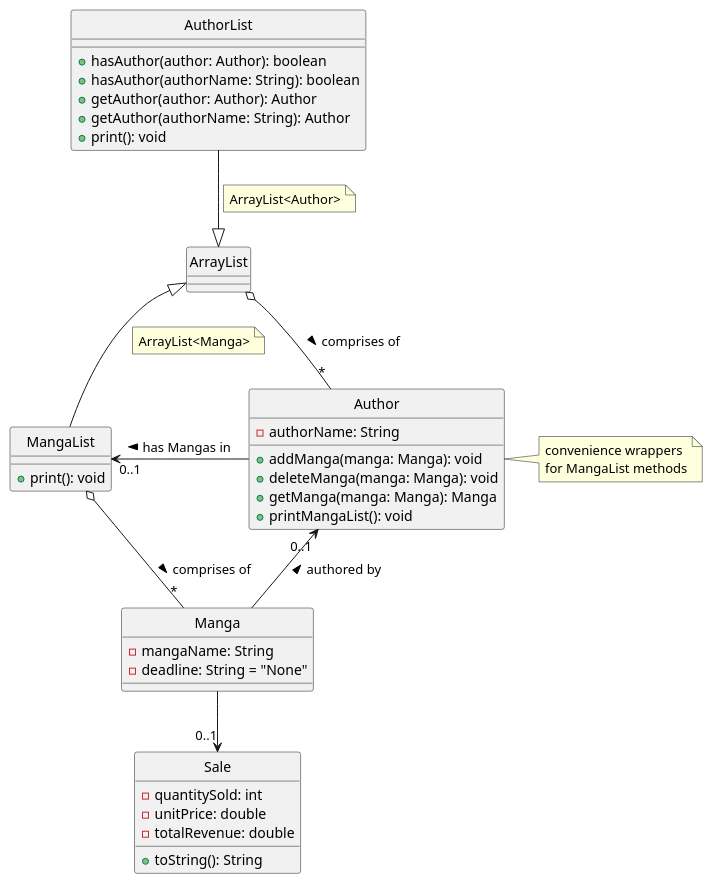
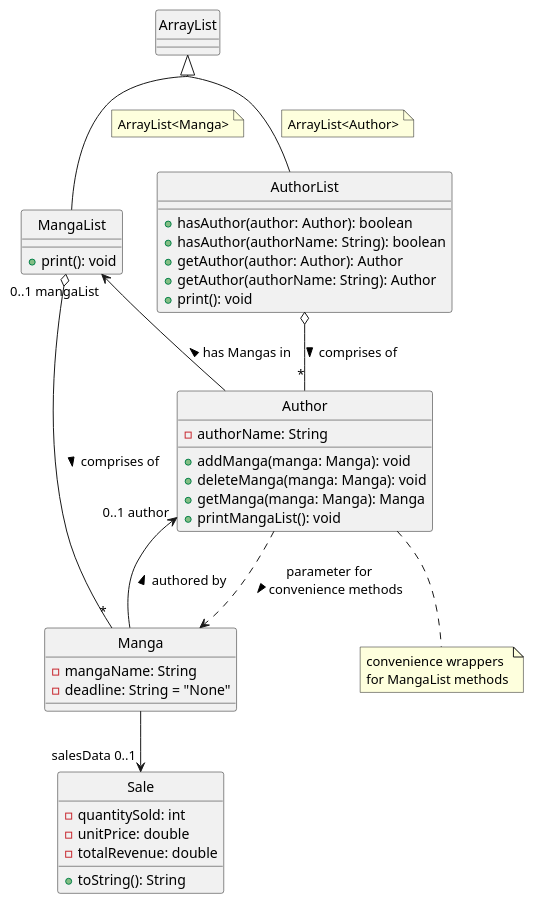
One commit to xenthm/tp changed the diagram in docs/uml/AuthorList.puml. Above: the diagram before and after it, drawn with PlantUML.

Commit message:
Update AuthorList puml

```diff
--- a/docs/uml/AuthorList.puml
+++ b/docs/uml/AuthorList.puml
@@ -1,48 +1,50 @@
 @startuml
 hide circle
+skinparam groupInheritance 2
 
 class AuthorList {
     + hasAuthor(author: Author): boolean
     + hasAuthor(authorName: String): boolean
     + getAuthor(author: Author): Author
     + getAuthor(authorName: String): Author
     + print(): void
 }
 
 class ArrayList
-ArrayList <|-up- AuthorList
+ArrayList <|-- AuthorList
 note on link : ArrayList<Author>
+ArrayList <|-- MangaList
+note on link : ArrayList<Manga>
 
 class Author {
     - authorName: String
     + addManga(manga: Manga): void
     + deleteManga(manga: Manga): void
     + getManga(manga: Manga): Manga
     + printMangaList(): void
 }
-Author "*" -up-o ArrayList : < comprises of
-note right of Author : convenience wrappers\nfor MangaList methods
+Author "*" -up-o AuthorList : < comprises of
+note bottom of Author : convenience wrappers\nfor MangaList methods
 
 class Manga {
     - mangaName: String
     - deadline: String = "None"
 }
-Author "0..1" <-- Manga : < authored by
+Author "0..1 author" <-- Manga : < authored by
+Author ..> Manga : parameter for\nconvenience methods >
 
 class MangaList {
     + print(): void
 }
-ArrayList <|-down- MangaList
-note on link : ArrayList<Manga>
 Manga "*" -up-o MangaList : < comprises of
-Author -left-> "0..1" MangaList : > has Mangas in
+Author -u-> "0..1 mangaList" MangaList : > has Mangas in
 
 class Sale {
     - quantitySold: int
     - unitPrice: double
     - totalRevenue: double
     + toString(): String
 }
-Manga --> "0..1" Sale
+Manga --> "salesData 0..1" Sale
 
 @enduml
```
